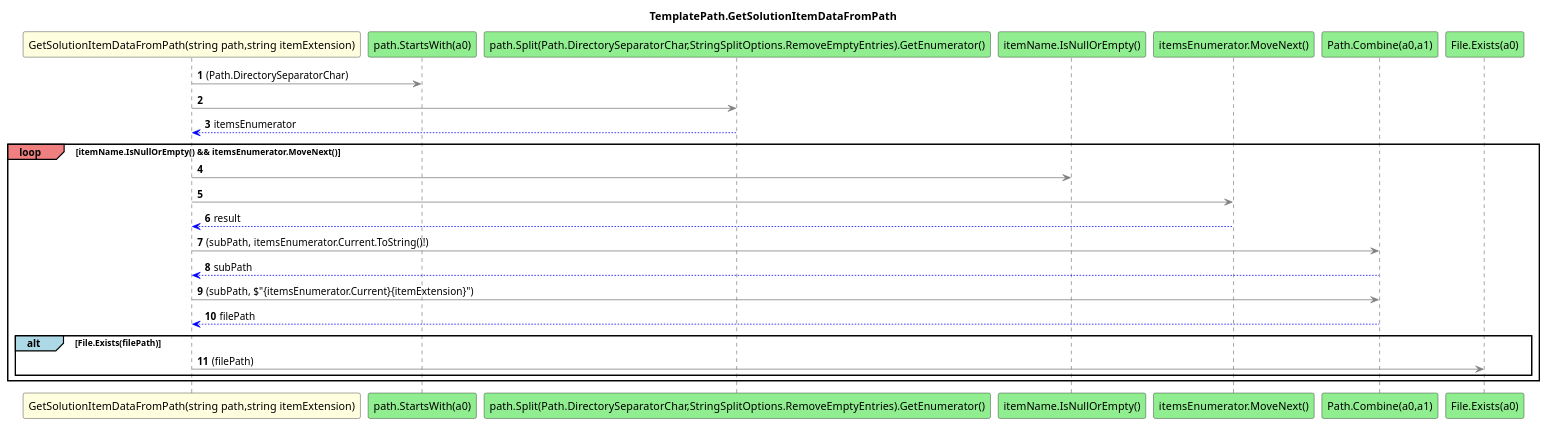
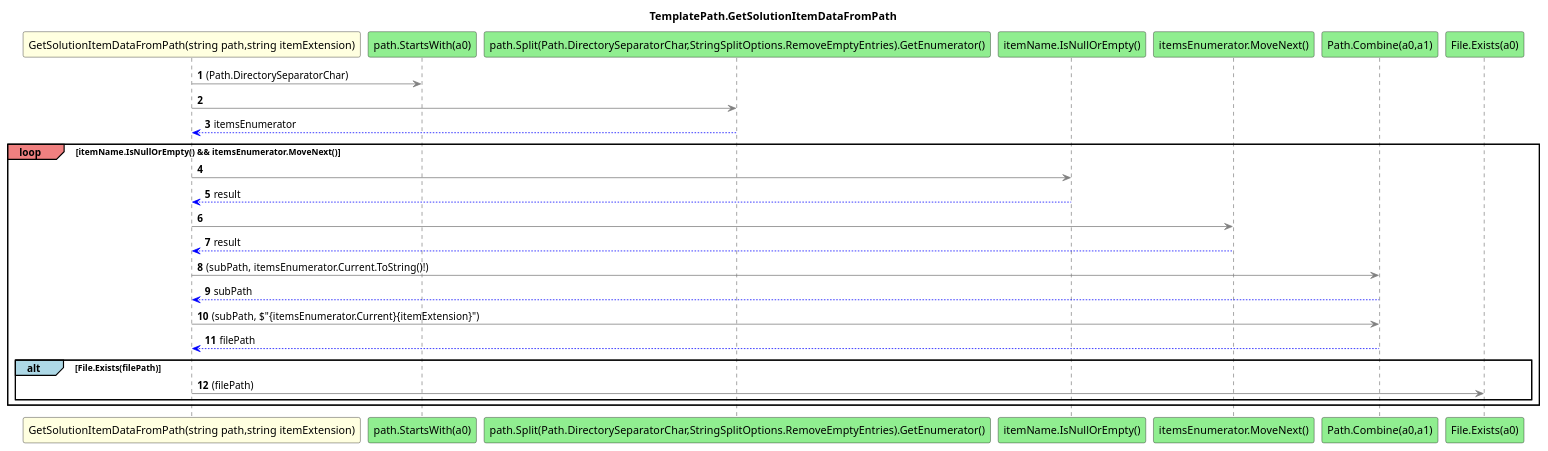
The diagram in CommonTool/diagrams/sq_TemplatePath_GetSolutionItemDataFromPath.puml (leoggehrer/CommonTool), drawn with PlantUML before and after one commit. The commit also changed 160 other files, not shown here.

Commit message:
Generated diagrams.

```diff
--- a/CommonTool/diagrams/sq_TemplatePath_GetSolutionItemDataFromPath.puml
+++ b/CommonTool/diagrams/sq_TemplatePath_GetSolutionItemDataFromPath.puml
@@ -1,26 +1,27 @@
 @startuml TemplatePath.GetSolutionItemDataFromPath
 title TemplatePath.GetSolutionItemDataFromPath
 participant "GetSolutionItemDataFromPath(string path,string itemExtension)" as GetSolutionItemDataFromPath_p0_p1 #LightYellow
 participant "path.StartsWith(a0)" as path_StartsWith_a0 #LightGreen
 participant "path.Split(Path.DirectorySeparatorChar,StringSplitOptions.RemoveEmptyEntries).GetEnumerator()" as path_Split_Path_DirectorySeparatorChar_StringSplitOptions_RemoveEmptyEntries_GetEnumerator #LightGreen
 participant "itemName.IsNullOrEmpty()" as itemName_IsNullOrEmpty #LightGreen
 participant "itemsEnumerator.MoveNext()" as itemsEnumerator_MoveNext #LightGreen
 participant "Path.Combine(a0,a1)" as Path_Combine_a0_a1 #LightGreen
 participant "File.Exists(a0)" as File_Exists_a0 #LightGreen
 autonumber
 GetSolutionItemDataFromPath_p0_p1 -[#grey]> path_StartsWith_a0 : (Path.DirectorySeparatorChar)
 GetSolutionItemDataFromPath_p0_p1 -[#grey]> path_Split_Path_DirectorySeparatorChar_StringSplitOptions_RemoveEmptyEntries_GetEnumerator
 path_Split_Path_DirectorySeparatorChar_StringSplitOptions_RemoveEmptyEntries_GetEnumerator -[#blue]-> GetSolutionItemDataFromPath_p0_p1 : itemsEnumerator
 loop#LightCoral itemName.IsNullOrEmpty() && itemsEnumerator.MoveNext()
     GetSolutionItemDataFromPath_p0_p1 -[#grey]> itemName_IsNullOrEmpty
+    itemName_IsNullOrEmpty -[#blue]-> GetSolutionItemDataFromPath_p0_p1 : result
     GetSolutionItemDataFromPath_p0_p1 -[#grey]> itemsEnumerator_MoveNext
     itemsEnumerator_MoveNext -[#blue]-> GetSolutionItemDataFromPath_p0_p1 : result
     GetSolutionItemDataFromPath_p0_p1 -[#grey]> Path_Combine_a0_a1 : (subPath, itemsEnumerator.Current.ToString()!)
     Path_Combine_a0_a1 -[#blue]-> GetSolutionItemDataFromPath_p0_p1 : subPath
     GetSolutionItemDataFromPath_p0_p1 -[#grey]> Path_Combine_a0_a1 : (subPath, $"{itemsEnumerator.Current}{itemExtension}")
     Path_Combine_a0_a1 -[#blue]-> GetSolutionItemDataFromPath_p0_p1 : filePath
     alt#LightBlue File.Exists(filePath)
         GetSolutionItemDataFromPath_p0_p1 -[#grey]> File_Exists_a0 : (filePath)
     end
 end
 @enduml
```
